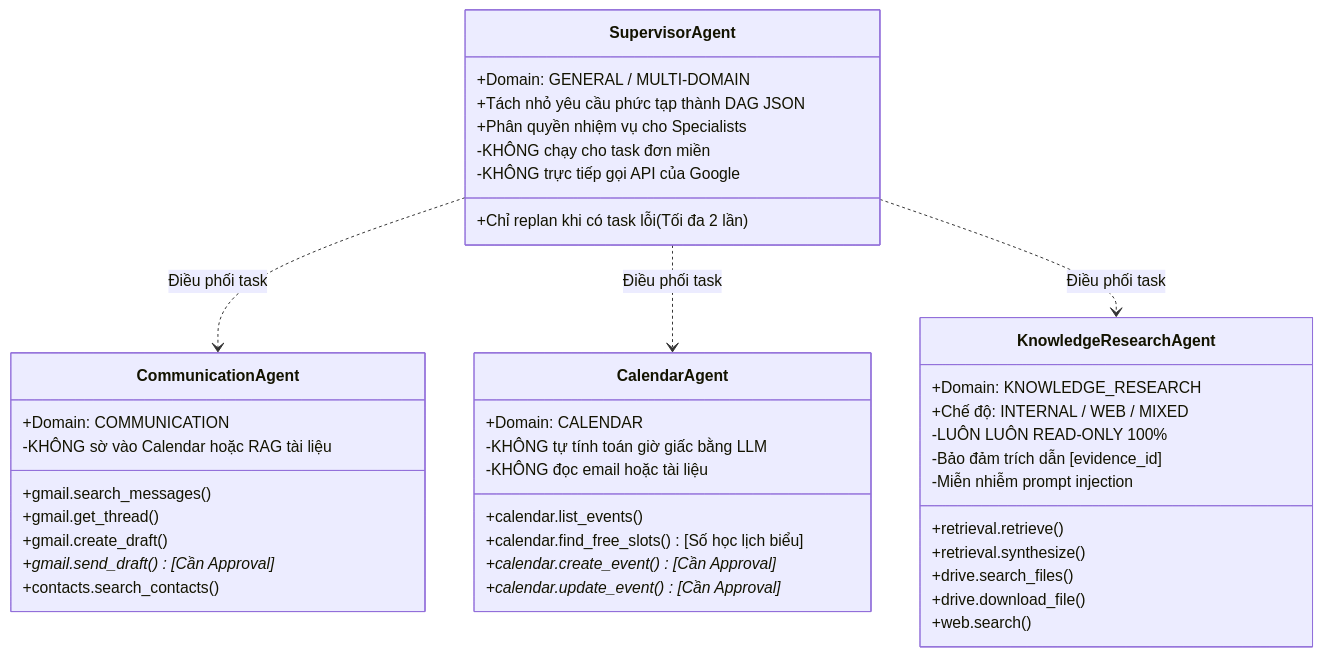
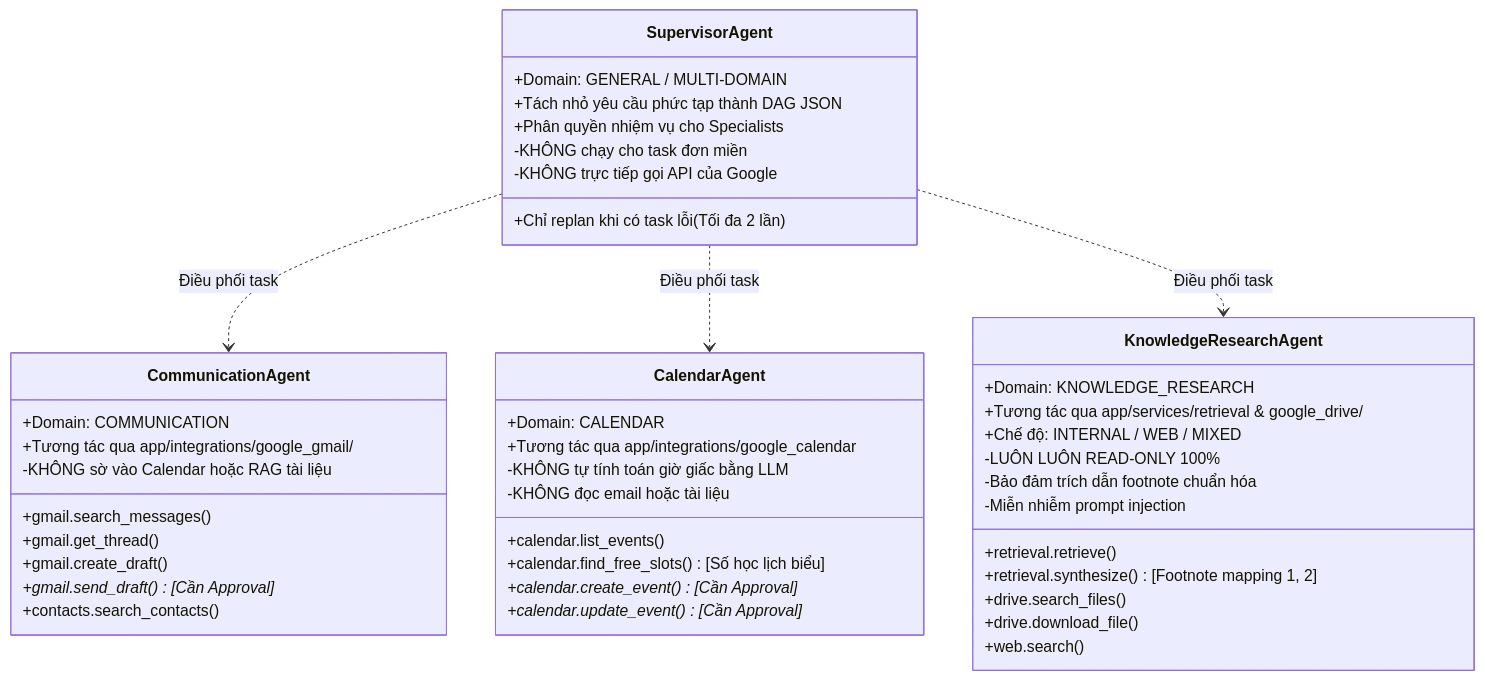
The first of 2 diagrams in docs/architecture/03-specialist-agents-and-react-runtime.md (dvnam1605/personal-agent), drawn with Mermaid before and after one commit. The commit also changed 22 other files, not shown here.

Commit message:
feat: add RAG answer synthesis service, architecture documentation, and frontend UI components

````diff
--- a/docs/architecture/03-specialist-agents-and-react-runtime.md
+++ b/docs/architecture/03-specialist-agents-and-react-runtime.md
@@ -12,48 +12,51 @@
 ```mermaid
 classDiagram
     class SupervisorAgent {
         +Domain: GENERAL / MULTI-DOMAIN
         +Tách nhỏ yêu cầu phức tạp thành DAG JSON
         +Phân quyền nhiệm vụ cho Specialists
         +Chỉ replan khi có task lỗi (Tối đa 2 lần)
         -KHÔNG chạy cho task đơn miền
         -KHÔNG trực tiếp gọi API của Google
     }
 
     class CommunicationAgent {
         +Domain: COMMUNICATION
+        +Tương tác qua app/integrations/google_gmail/
         +gmail.search_messages()
         +gmail.get_thread()
         +gmail.create_draft()
         +gmail.send_draft()* [Cần Approval]
         +contacts.search_contacts()
         -KHÔNG sờ vào Calendar hoặc RAG tài liệu
     }
 
     class CalendarAgent {
         +Domain: CALENDAR
+        +Tương tác qua app/integrations/google_calendar
         +calendar.list_events()
         +calendar.find_free_slots() [Số học lịch biểu]
         +calendar.create_event()* [Cần Approval]
         +calendar.update_event()* [Cần Approval]
         -KHÔNG tự tính toán giờ giấc bằng LLM
         -KHÔNG đọc email hoặc tài liệu
     }
 
     class KnowledgeResearchAgent {
         +Domain: KNOWLEDGE_RESEARCH
+        +Tương tác qua app/services/retrieval & google_drive/
         +retrieval.retrieve()
-        +retrieval.synthesize()
+        +retrieval.synthesize() [Footnote mapping 1, 2]
         +drive.search_files()
         +drive.download_file()
         +web.search()
         +Chế độ: INTERNAL / WEB / MIXED
         -LUÔN LUÔN READ-ONLY 100%
-        -Bảo đảm trích dẫn [evidence_id]
+        -Bảo đảm trích dẫn footnote chuẩn hóa
         -Miễn nhiễm prompt injection
     }
 
     SupervisorAgent ..> CommunicationAgent : Điều phối task
     SupervisorAgent ..> CalendarAgent : Điều phối task
     SupervisorAgent ..> KnowledgeResearchAgent : Điều phối task
 ```
````
